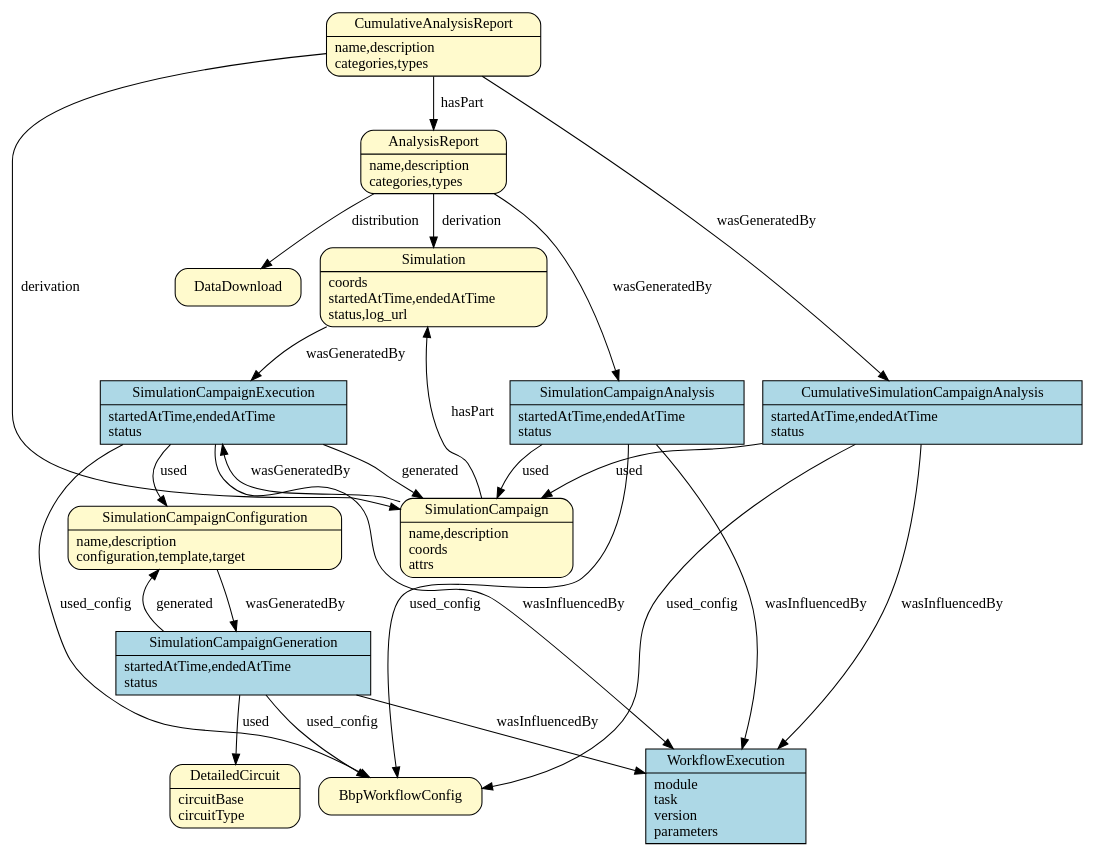
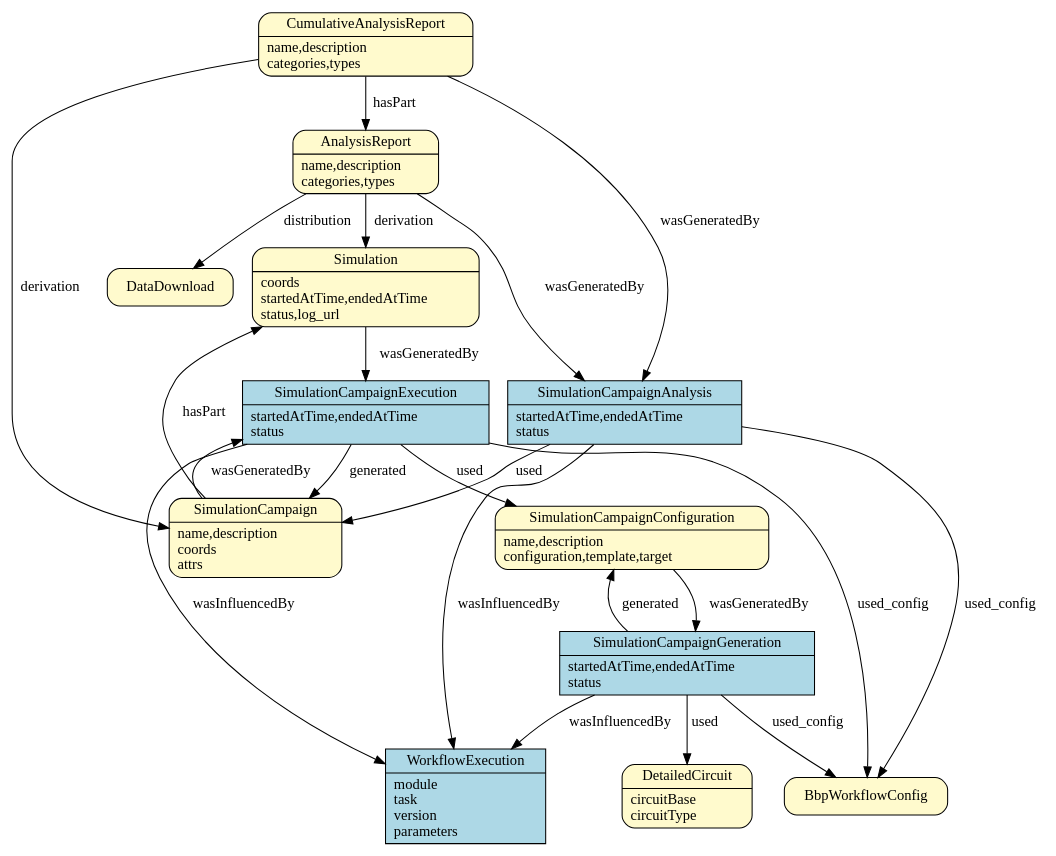
The fourth of 4 diagrams in doc/source/prov_patterns.rst (BlueBrain/entity-management), drawn with Graphviz before and after one commit.

Commit message:
Remove CumulativeSimulationCampaignAnalysis

```diff
--- a/doc/source/prov_patterns.rst
+++ b/doc/source/prov_patterns.rst
@@ -137,12 +137,6 @@
             href = "../generated/entity_management.simulation.html#entity_management.simulation.SimulationCampaignAnalysis"
             target = "_top"
         ]
-        CumulativeSimulationCampaignAnalysis [
-            shape = record style = filled fillcolor = lightblue
-            label = "{CumulativeSimulationCampaignAnalysis|startedAtTime,endedAtTime\lstatus\l}"
-            href = "../generated/entity_management.simulation.html#entity_management.simulation.CumulativeSimulationCampaignAnalysis"
-            target = "_top"
-        ]
         AnalysisReport [
             shape = Mrecord style = filled fillcolor = lemonchiffon
             label = "{AnalysisReport|name,description\lcategories,types\l}"
@@ -177,13 +171,10 @@
         SimulationCampaignAnalysis -> BbpWorkflowConfig [label = "used_config"];
         SimulationCampaignAnalysis -> SimulationCampaign [label = "used"];
         SimulationCampaignAnalysis -> WorkflowExecution [label = "wasInfluencedBy"];
-        CumulativeSimulationCampaignAnalysis -> BbpWorkflowConfig [label = "used_config"];
-        CumulativeSimulationCampaignAnalysis -> SimulationCampaign [label = "used"];
-        CumulativeSimulationCampaignAnalysis -> WorkflowExecution [label = "wasInfluencedBy"];
         AnalysisReport -> Simulation [label = "derivation"];
         AnalysisReport -> SimulationCampaignAnalysis [label = "wasGeneratedBy"];
         AnalysisReport -> DataDownload [label = "distribution"];
         CumulativeAnalysisReport -> SimulationCampaign [label = "derivation"];
-        CumulativeAnalysisReport -> CumulativeSimulationCampaignAnalysis [label = "wasGeneratedBy"];
+        CumulativeAnalysisReport -> SimulationCampaignAnalysis [label = "wasGeneratedBy"];
         CumulativeAnalysisReport -> AnalysisReport [label = "hasPart"];
     }
```
